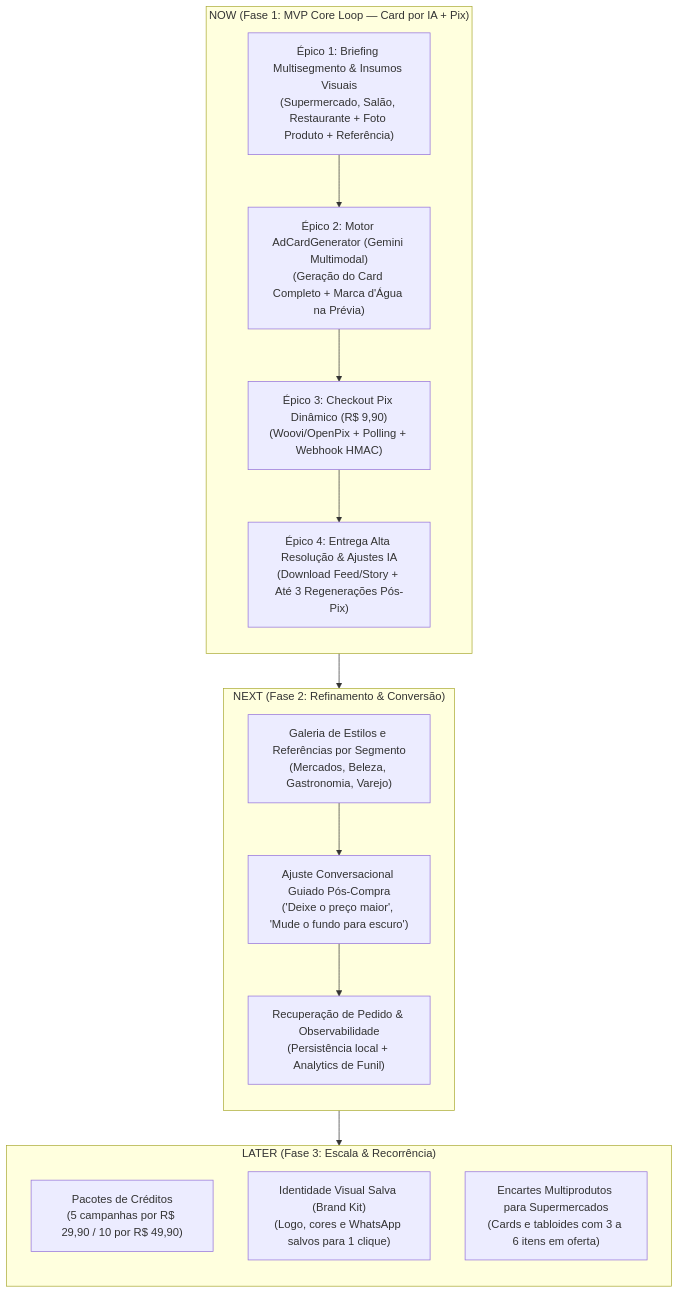
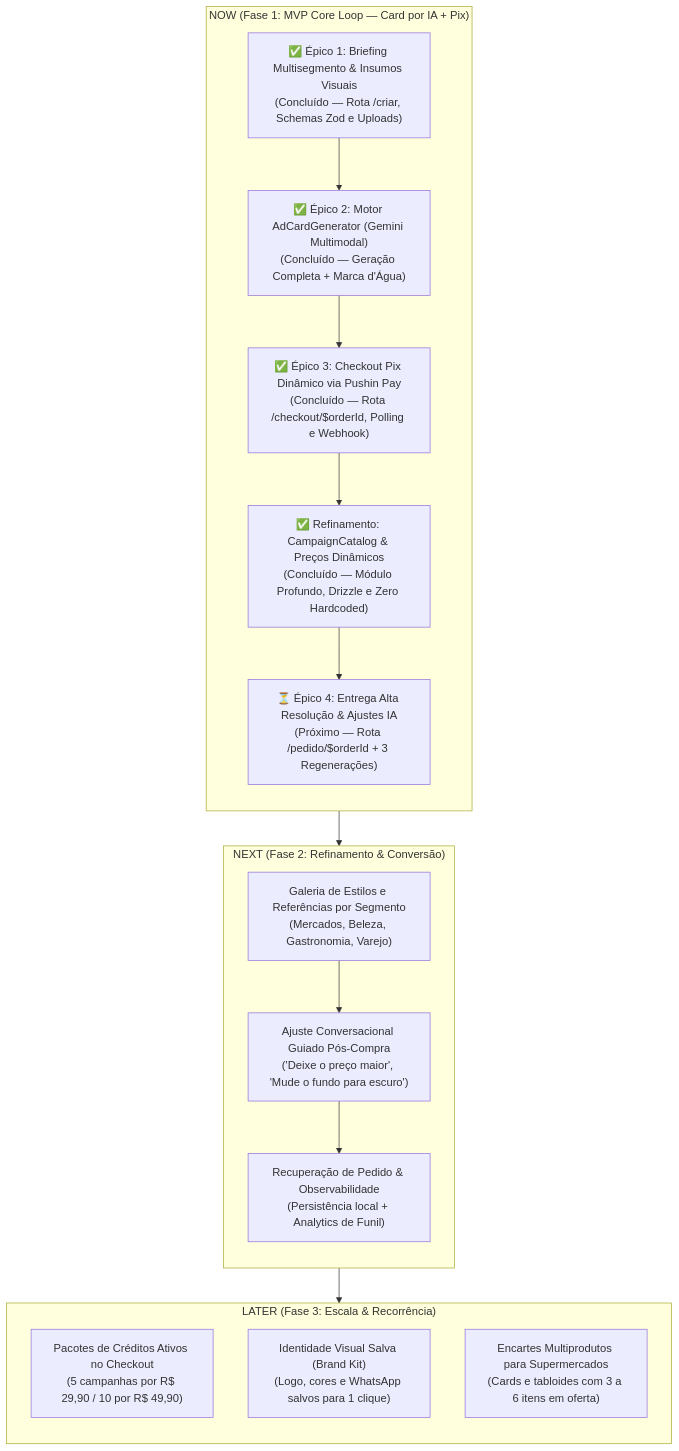
One commit to luis-henrique-carvalho/OfertaPronta changed the diagram in docs/roadmap.md. Above: the diagram before and after it, drawn with Mermaid. The commit also changed other lines of this file, not shown here.

Commit message:
docs: update strategic roadmap to v2.1 with epic completion statuses and pricing catalog refinement

````diff
--- a/docs/roadmap.md
+++ b/docs/roadmap.md
@@ -68,28 +78,29 @@
 ```mermaid
 flowchart TD
     subgraph NOW["NOW (Fase 1: MVP Core Loop — Card por IA + Pix)"]
         direction TB
-        E1["Épico 1: Briefing Multisegmento & Insumos Visuais<br/>(Supermercado, Salão, Restaurante + Foto Produto + Referência)"]
-        E2["Épico 2: Motor AdCardGenerator (Gemini Multimodal)<br/>(Geração do Card Completo + Marca d'Água na Prévia)"]
-        E3["Épico 3: Checkout Pix Dinâmico (R$ 9,90)<br/>(Woovi/OpenPix + Polling + Webhook HMAC)"]
-        E4["Épico 4: Entrega Alta Resolução & Ajustes IA<br/>(Download Feed/Story + Até 3 Regenerações Pós-Pix)"]
-        E1 --> E2 --> E3 --> E4
+        E1["✅ Épico 1: Briefing Multisegmento & Insumos Visuais<br/>(Concluído — Rota /criar, Schemas Zod e Uploads)"]
+        E2["✅ Épico 2: Motor AdCardGenerator (Gemini Multimodal)<br/>(Concluído — Geração Completa + Marca d'Água)"]
+        E3["✅ Épico 3: Checkout Pix Dinâmico via Pushin Pay<br/>(Concluído — Rota /checkout/$orderId, Polling e Webhook)"]
+        E3B["✅ Refinamento: CampaignCatalog & Preços Dinâmicos<br/>(Concluído — Módulo Profundo, Drizzle e Zero Hardcoded)"]
+        E4["⏳ Épico 4: Entrega Alta Resolução & Ajustes IA<br/>(Próximo — Rota /pedido/$orderId + 3 Regenerações)"]
+        E1 --> E2 --> E3 --> E3B --> E4
     end
 
     subgraph NEXT["NEXT (Fase 2: Refinamento & Conversão)"]
         direction TB
         E5["Galeria de Estilos e Referências por Segmento<br/>(Mercados, Beleza, Gastronomia, Varejo)"]
         E6["Ajuste Conversacional Guiado Pós-Compra<br/>('Deixe o preço maior', 'Mude o fundo para escuro')"]
         E7["Recuperação de Pedido & Observabilidade<br/>(Persistência local + Analytics de Funil)"]
         E5 --> E6 --> E7
     end
 
     subgraph LATER["LATER (Fase 3: Escala & Recorrência)"]
         direction TB
-        E8["Pacotes de Créditos<br/>(5 campanhas por R$ 29,90 / 10 por R$ 49,90)"]
+        E8["Pacotes de Créditos Ativos no Checkout<br/>(5 campanhas por R$ 29,90 / 10 por R$ 49,90)"]
         E9["Identidade Visual Salva (Brand Kit)<br/>(Logo, cores e WhatsApp salvos para 1 clique)"]
         E10["Encartes Multiprodutos para Supermercados<br/>(Cards e tabloides com 3 a 6 itens em oferta)"]
     end
 
     NOW --> NEXT --> LATER
 ```
````
